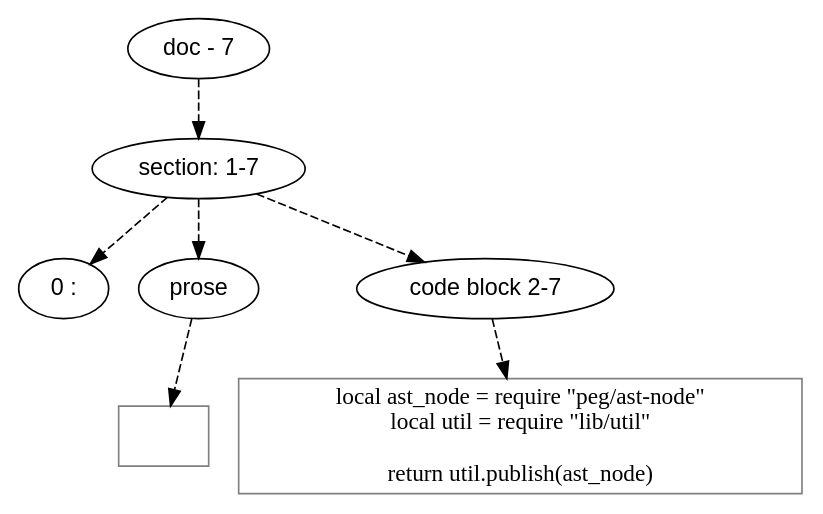
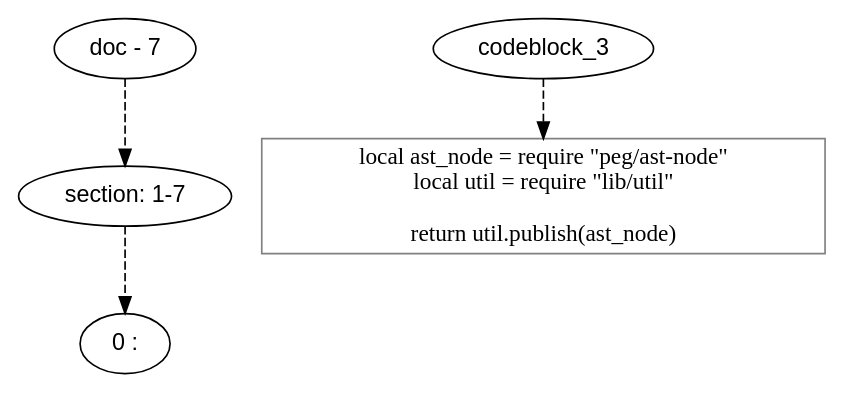
One commit to mnemnion/orb changed the diagram in doc/dot/peg/ast.dot. Above: the diagram before and after it, drawn with Graphviz. The commit also changed 123 other files, not shown here.

```diff
--- a/doc/dot/peg/ast.dot
+++ b/doc/dot/peg/ast.dot
@@ -1,33 +1,27 @@
 digraph hierarchy {
 
 node [fontname=Helvetica]
 edge [style=dashed]
 
 doc_0 [label="doc - 7"]
 
 
 doc_0 -> { section_1}
 {rank=same; section_1}
 
 section_1 [label="section: 1-7"]
 
 
-section_1 -> { header_2 prose_3 codeblock_4}
-{rank=same; header_2 prose_3 codeblock_4}
+section_1 -> { header_2}
+{rank=same; header_2}
 
 header_2 [label="0 : "]
 
-prose_3 [label="prose"]
 
-codeblock_4 [label="code block 2-7"]
-
-
-prose_3 -> leaf_5
-leaf_5  [color=Gray,shape=rectangle,fontname=Inconsolata,label=""]
-codeblock_4 -> leaf_6
-leaf_6  [color=Gray,shape=rectangle,fontname=Inconsolata,label="local ast_node = require \"peg/ast-node\"
+codeblock_3 -> leaf_4
+leaf_4  [color=Gray,shape=rectangle,fontname=Inconsolata,label="local ast_node = require \"peg/ast-node\"
 local util = require \"lib/util\"
 
 return util.publish(ast_node)"]
 
 }
```
